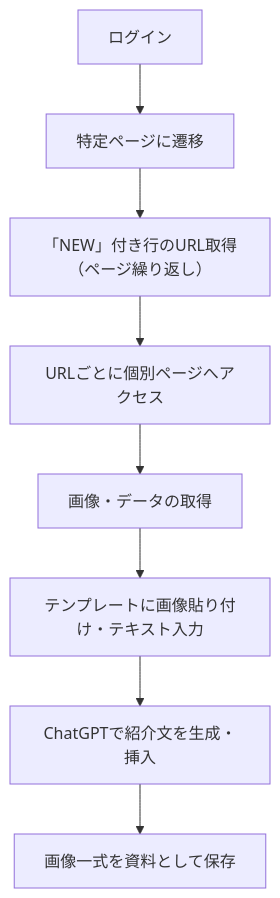
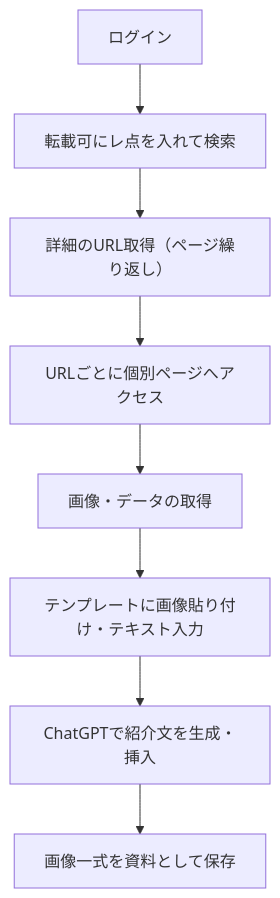
Before and after one commit to nyanyacyan/tokyu_sns_image_tool: the diagram in README.md, drawn with Mermaid. The commit also changed other lines of this file and 6 other files, not shown here.

````diff
--- a/README.md
+++ b/README.md
@@ -21,10 +21,10 @@
 ```mermaid
 flowchart TD
-    A[ログイン] --> B[特定ページに遷移]
-    B --> C[「NEW」付き行のURL取得（ページ繰り返し）]
+    A[ログイン] --> B[転載可にレ点を入れて検索]
+    B --> C[詳細のURL取得（ページ繰り返し）]
     C --> D[URLごとに個別ページへアクセス]
     D --> E[画像・データの取得]
     E --> F[テンプレートに画像貼り付け・テキスト入力]
     F --> G[ChatGPTで紹介文を生成・挿入]
     G --> H[画像一式を資料として保存]
 ```
````
